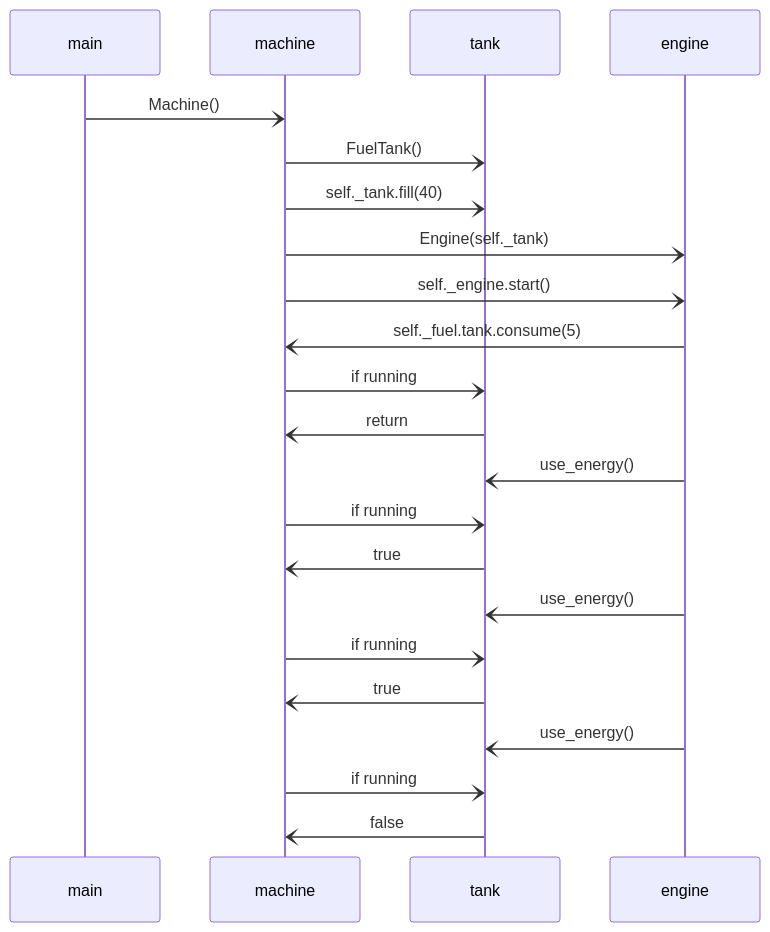
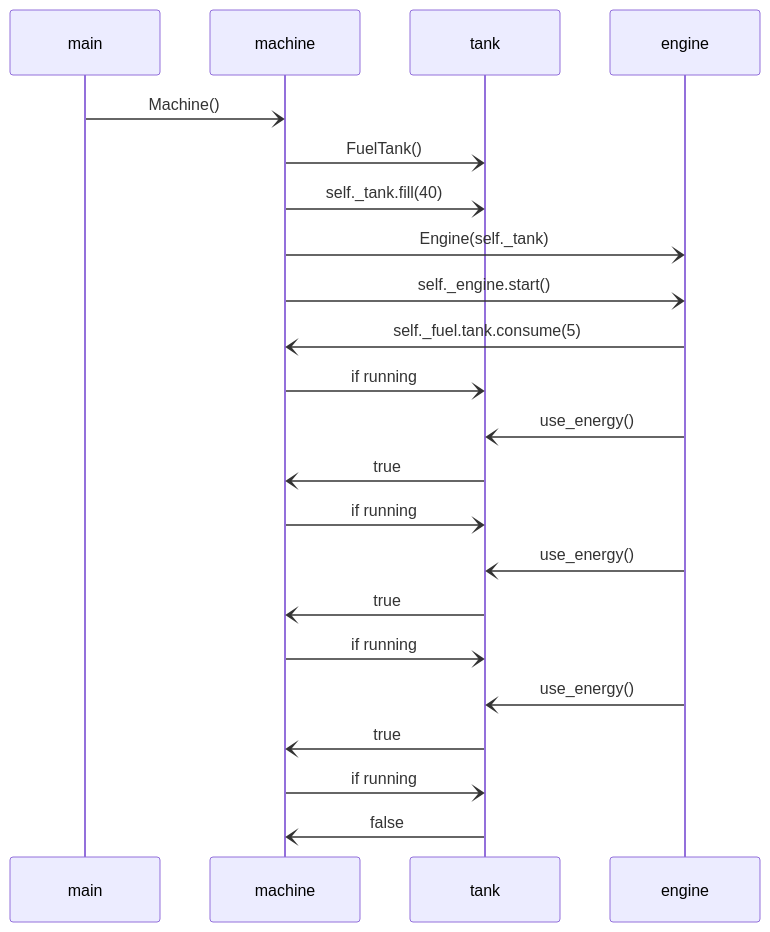
The diagram in laskarit/viikko3/machine.md (Aaltonenn/ot-harjoitustyo), drawn with Mermaid before and after one commit.

````diff
--- a/laskarit/viikko3/machine.md
+++ b/laskarit/viikko3/machine.md
@@ -2,21 +2,21 @@
 ```mermaid
 sequenceDiagram
     main-)machine: Machine() 
     machine-)tank: FuelTank()
     machine-)tank: self._tank.fill(40)
     machine-)engine: Engine(self._tank)
     machine-)engine: self._engine.start()
     engine-)machine: self._fuel.tank.consume(5)
     machine-)tank: if running
-    tank-)machine: return
     engine-)tank: use_energy()
+    tank-)machine: true
     machine-)tank: if running
+    engine-)tank: use_energy()
     tank-)machine: true
+    machine-)tank: if running
     engine-)tank: use_energy()
-    machine-)tank: if running
     tank-)machine: true
-    engine-)tank: use_energy()     
     machine-)tank: if running
     tank-)machine: false
 
 ```
````
